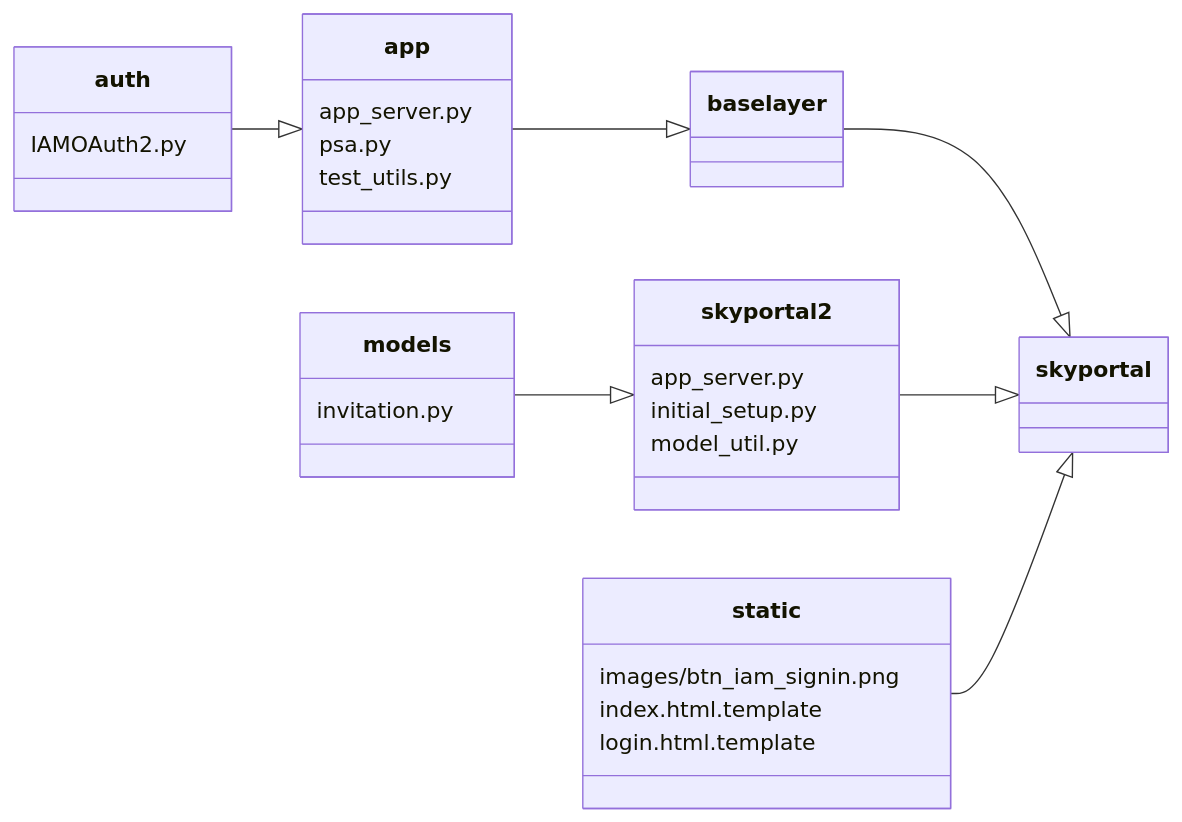
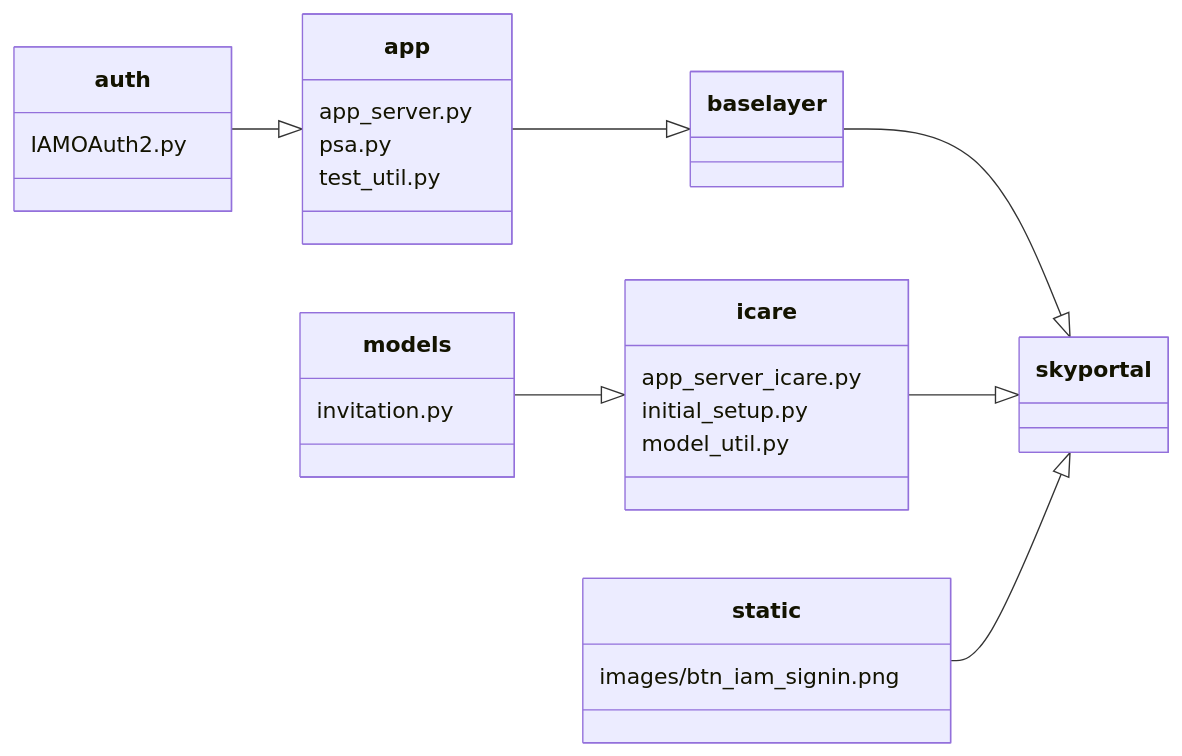
The third of 6 diagrams in docs/dev_guide/index.md (grandma-collaboration/icare), drawn with Mermaid before and after one commit. The commit also changed other lines of this file and 11 other files, not shown here.

````diff
--- a/docs/dev_guide/index.md
+++ b/docs/dev_guide/index.md
@@ -69,25 +67,23 @@
 ``` mermaid
 classDiagram
     direction LR
     app --|> baselayer
     app : app_server.py
     app : psa.py
-    app : test_utils.py
+    app : test_util.py
     auth --|> app
     auth : IAMOAuth2.py
 
     baselayer --|> skyportal
 
-    skyportal2 --|> skyportal
-    skyportal2 : app_server.py
-    skyportal2 : initial_setup.py
-    skyportal2 : model_util.py
+    icare --|> skyportal
+    icare : app_server_icare.py
+    icare : initial_setup.py
+    icare : model_util.py
 
-    models --|> skyportal2
+    models --|> icare
     models : invitation.py
 
     static --|> skyportal
     static : images/btn_iam_signin.png
-    static : index.html.template
-    static : login.html.template
 ```
````
